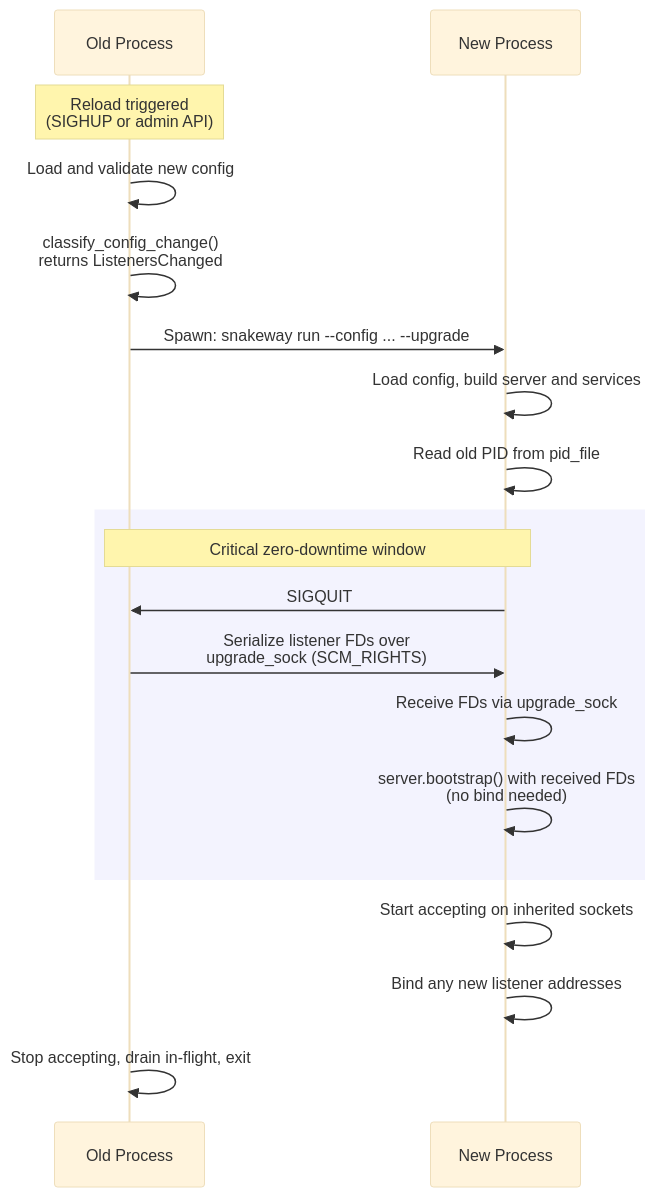
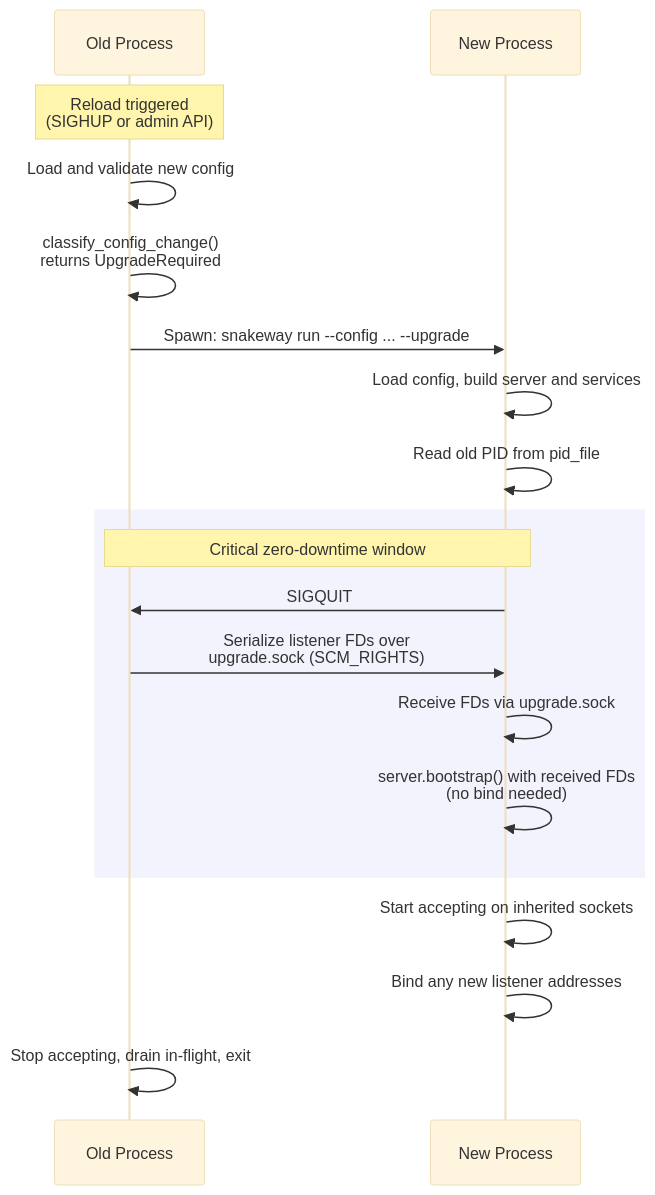
One commit to snakewayhq/snakeway changed the diagram in docs/docs/internals/hot-reload.md. Above: the diagram before and after it, drawn with Mermaid (base theme). The commit also changed other lines of this file and 38 other files, not shown here.

````diff
--- a/docs/docs/internals/hot-reload.md
+++ b/docs/docs/internals/hot-reload.md
@@ -58,24 +77,24 @@
 ```mermaid
 sequenceDiagram
     participant Old as Old Process
     participant New as New Process
 
     Note over Old: Reload triggered<br/>(SIGHUP or admin API)
     Old->>Old: Load and validate new config
-    Old->>Old: classify_config_change()<br/>returns ListenersChanged
+    Old->>Old: classify_config_change()<br/>returns UpgradeRequired
     Old->>New: Spawn: snakeway run --config ... --upgrade
     New->>New: Load config, build server and services
     New->>New: Read old PID from pid_file
 
     rect rgba(99, 102, 241, 0.08)
         Note over Old,New: Critical zero-downtime window
         New->>Old: SIGQUIT
-        Old->>New: Serialize listener FDs over<br/>upgrade_sock (SCM_RIGHTS)
-        New->>New: Receive FDs via upgrade_sock
+        Old->>New: Serialize listener FDs over<br/>upgrade.sock (SCM_RIGHTS)
+        New->>New: Receive FDs via upgrade.sock
         New->>New: server.bootstrap() with received FDs<br/>(no bind needed)
     end
 
     New->>New: Start accepting on inherited sockets
     New->>New: Bind any new listener addresses
     Old->>Old: Stop accepting, drain in-flight, exit
 ```
````
